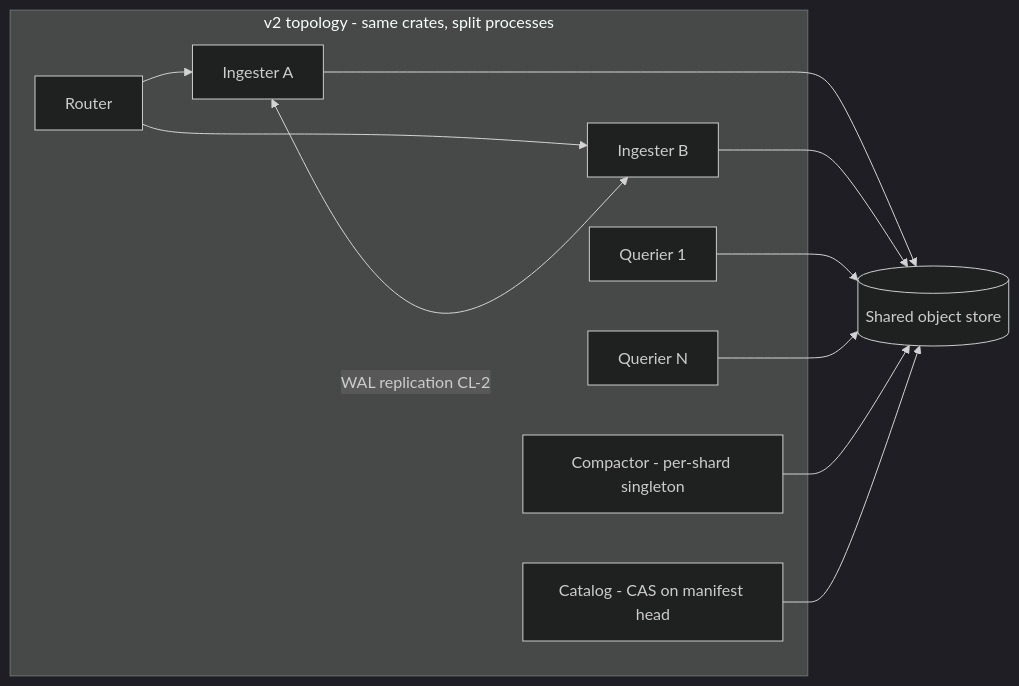
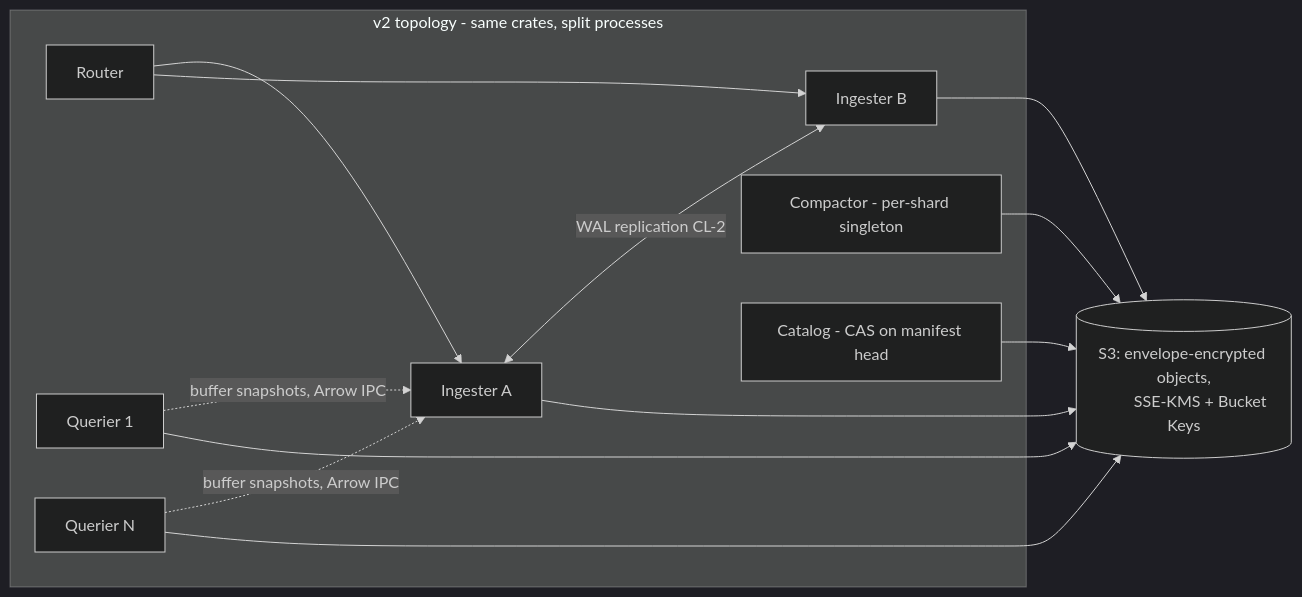
One commit to timelakelabs/timelakedb changed the third of 3 diagrams in ARCHITECTURE.md. Above: the diagram before and after it, drawn with Mermaid (dark theme). The commit also changed other lines of this file and 1 other file, not shown here.

First line of the commit message:
design: clustering v2 on S3 with KMS envelope + SSE-KMS, both key-cached

````diff
--- a/ARCHITECTURE.md
+++ b/ARCHITECTURE.md
@@ -321,16 +329,18 @@
 ```mermaid
 flowchart LR
     subgraph v2 [v2 topology - same crates, split processes]
         R[Router] --> I1[Ingester A]
         R --> I2[Ingester B]
         I1 <-->|WAL replication CL-2| I2
         Q1[Querier 1] & Q2[Querier N]
+        Q1 & Q2 -.->|buffer snapshots, Arrow IPC| I1
         CMPD[Compactor - per-shard singleton]
         CATS[Catalog - CAS on manifest head]
     end
-    OS2[(Shared object store)]
+    OS2[(S3: envelope-encrypted objects,
+         SSE-KMS + Bucket Keys)]
     I1 & I2 --> OS2
     Q1 & Q2 --> OS2
     CMPD --> OS2
     CATS --> OS2
 ```
````
